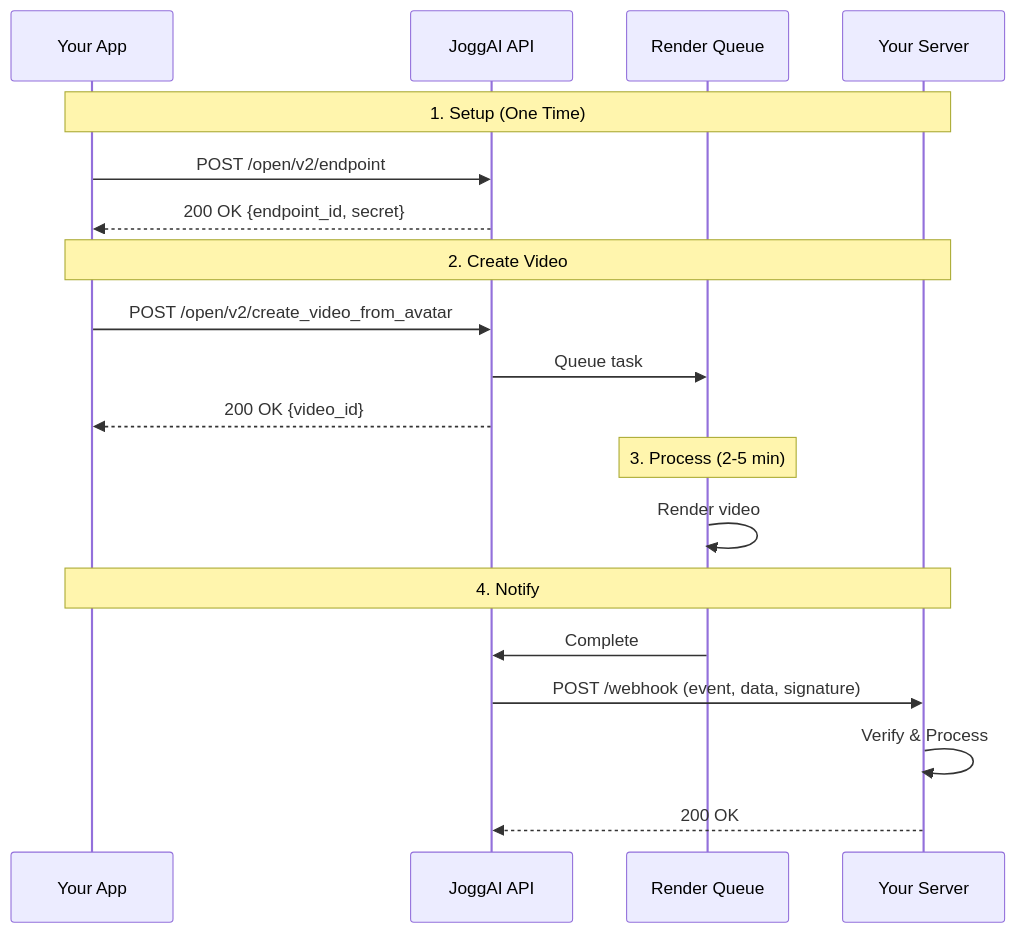
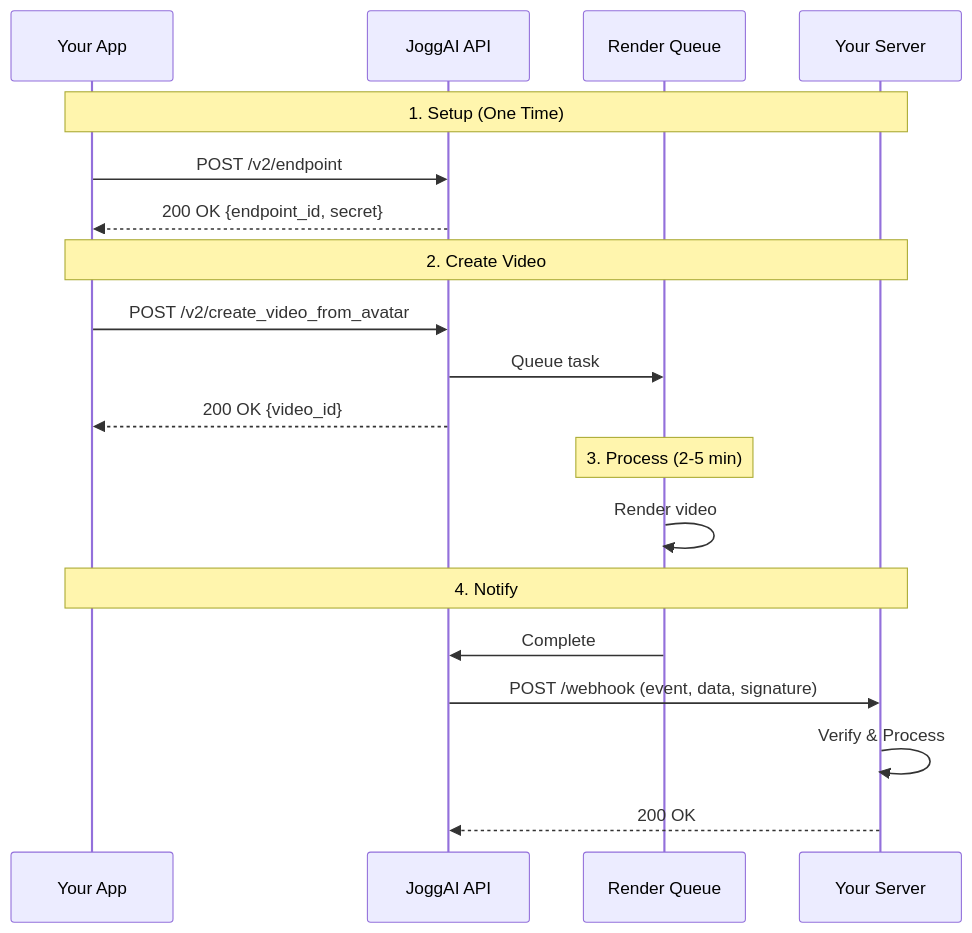
The diagram in api-reference/v2/API Documentation/WebhookIntegration.mdx (JoggAI-Tech/docs), drawn with Mermaid before and after one commit. The commit also changed other lines of this file and 64 other files, not shown here.

````diff
--- a/api-reference/v2/API Documentation/WebhookIntegration.mdx
+++ b/api-reference/v2/API Documentation/WebhookIntegration.mdx
@@ -27,25 +31,25 @@
 ```mermaid
 sequenceDiagram
     participant Client as Your App
     participant API as JoggAI API
     participant Queue as Render Queue
     participant Webhook as Your Server
     
     Note over Client,Webhook: 1. Setup (One Time)
-    Client->>API: POST /open/v2/endpoint
+    Client->>API: POST /v2/endpoint
     API-->>Client: 200 OK {endpoint_id, secret}
     
     Note over Client,Webhook: 2. Create Video
-    Client->>API: POST /open/v2/create_video_from_avatar
+    Client->>API: POST /v2/create_video_from_avatar
     API->>Queue: Queue task
     API-->>Client: 200 OK {video_id}
     
     Note over Queue: 3. Process (2-5 min)
     Queue->>Queue: Render video
     
     Note over Client,Webhook: 4. Notify
     Queue->>API: Complete
     API->>Webhook: POST /webhook (event, data, signature)
     Webhook->>Webhook: Verify & Process
     Webhook-->>API: 200 OK
 ```
````
